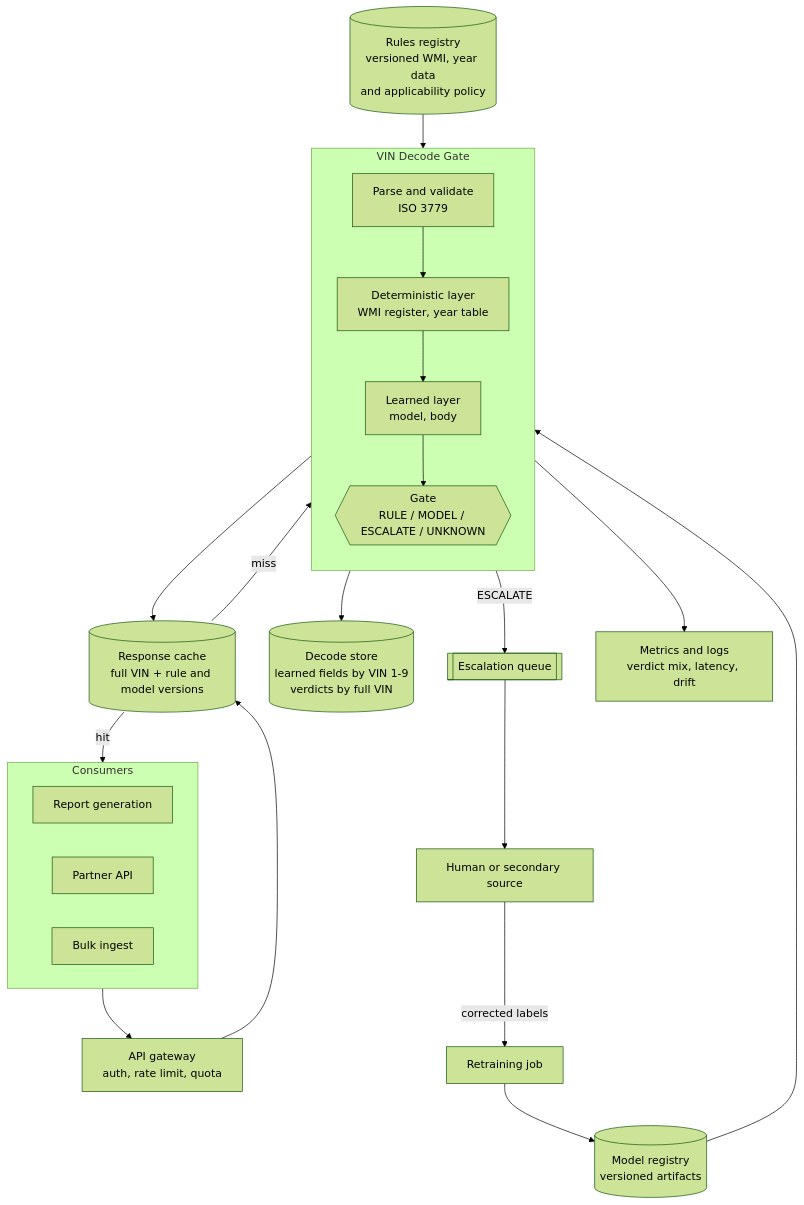
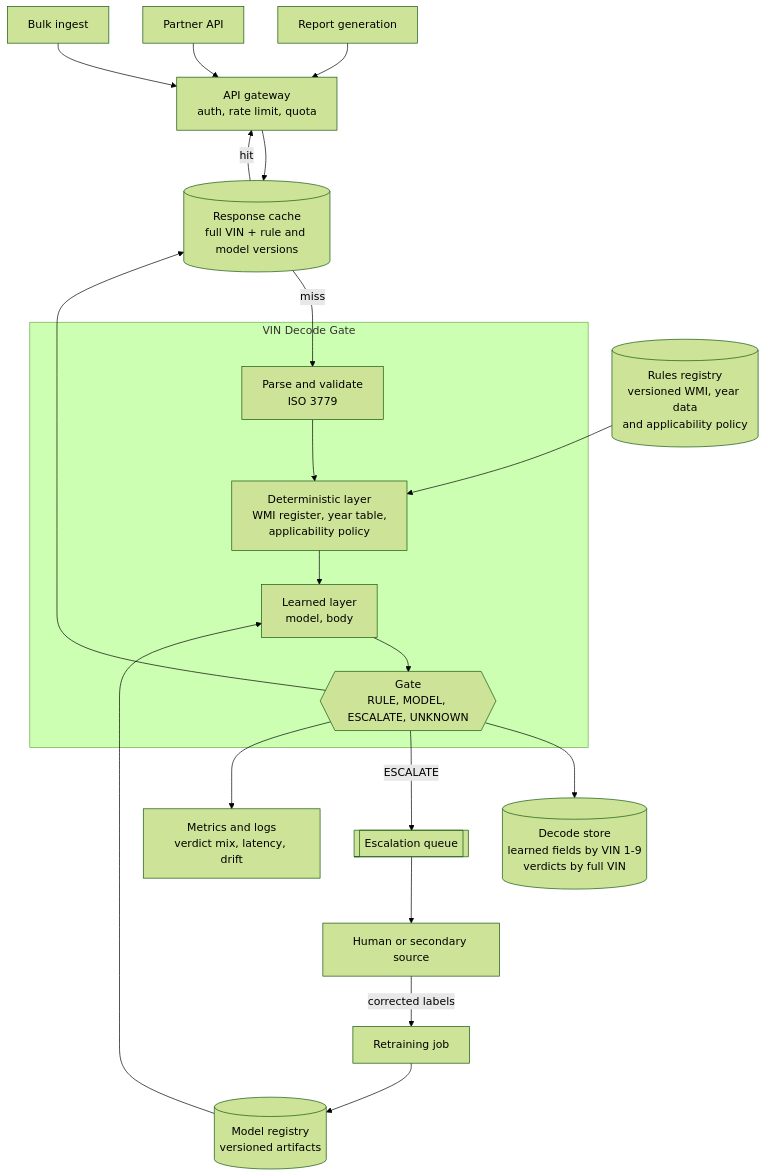
One commit to mikko-lab/vin-decode-gate changed the diagram in docs/ARCHITECTURE.md. Above: the diagram before and after it, drawn with Mermaid (forest theme).

Commit message:
Replace architecture documentation

````diff
--- a/docs/ARCHITECTURE.md
+++ b/docs/ARCHITECTURE.md
@@ -7,38 +7,41 @@
 ```mermaid
 flowchart TB
-    subgraph clients [Consumers]
-        WEB[Report generation]
-        API_C[Partner API]
-        BATCH[Bulk ingest]
-    end
+    WEB["Report generation"]
+    API_C["Partner API"]
+    BATCH["Bulk ingest"]
 
-    GW[API gateway<br/>auth, rate limit, quota]
-    CACHE[(Response cache<br/>full VIN + rule and model versions)]
+    GW["API gateway<br/>auth, rate limit, quota"]
+    CACHE[("Response cache<br/>full VIN + rule and model versions")]
 
-    subgraph svc [VIN Decode Gate]
-        direction TB
-        PARSE[Parse and validate<br/>ISO 3779]
-        RULES[Deterministic layer<br/>WMI register, year table]
-        ML[Learned layer<br/>model, body]
-        GATE{{Gate<br/>RULE / MODEL / ESCALATE / UNKNOWN}}
+    subgraph svc["VIN Decode Gate"]
+        PARSE["Parse and validate<br/>ISO 3779"]
+        RULES["Deterministic layer<br/>WMI register, year table,<br/>applicability policy"]
+        ML["Learned layer<br/>model, body"]
+        GATE{{"Gate<br/>RULE, MODEL, ESCALATE, UNKNOWN"}}
         PARSE --> RULES --> ML --> GATE
     end
 
-    STORE[(Decode store<br/>learned fields by VIN 1-9<br/>verdicts by full VIN)]
-    QUEUE[[Escalation queue]]
-    REVIEW[Human or secondary source]
-    REG[(Rules registry<br/>versioned WMI, year data<br/>and applicability policy)]
-    ART[(Model registry<br/>versioned artifacts)]
-    OBS[Metrics and logs<br/>verdict mix, latency, drift]
+    STORE[("Decode store<br/>learned fields by VIN 1-9<br/>verdicts by full VIN")]
+    QUEUE[["Escalation queue"]]
+    REVIEW["Human or secondary source"]
+    TRAIN["Retraining job"]
+    REG[("Rules registry<br/>versioned WMI, year data<br/>and applicability policy")]
+    ART[("Model registry<br/>versioned artifacts")]
+    OBS["Metrics and logs<br/>verdict mix, latency, drift"]
 
-    clients --> GW --> CACHE
-    CACHE -- miss --> svc
-    CACHE -- hit --> clients
+    WEB --> GW
+    API_C --> GW
+    BATCH --> GW
+    GW --> CACHE
+    CACHE -- miss --> PARSE
+    CACHE -- hit --> GW
     GATE --> STORE
     GATE --> CACHE
-    GATE -- ESCALATE --> QUEUE --> REVIEW
-    REVIEW -- corrected labels --> TRAIN[Retraining job]
-    TRAIN --> ART --> ML
+    GATE -- ESCALATE --> QUEUE
+    QUEUE --> REVIEW
+    REVIEW -- corrected labels --> TRAIN
+    TRAIN --> ART
+    ART --> ML
     REG --> RULES
-    svc --> OBS
+    GATE --> OBS
 ```
````
